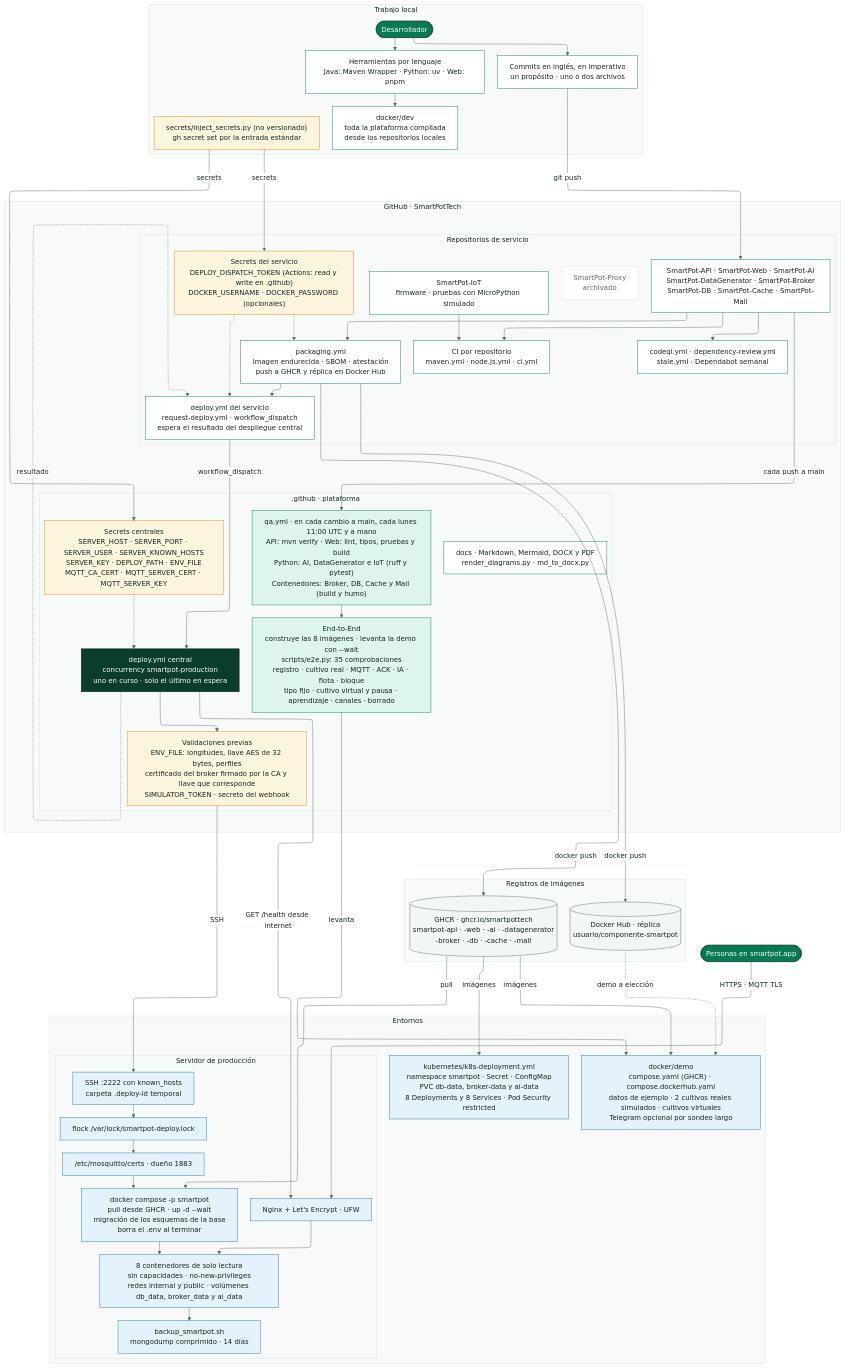
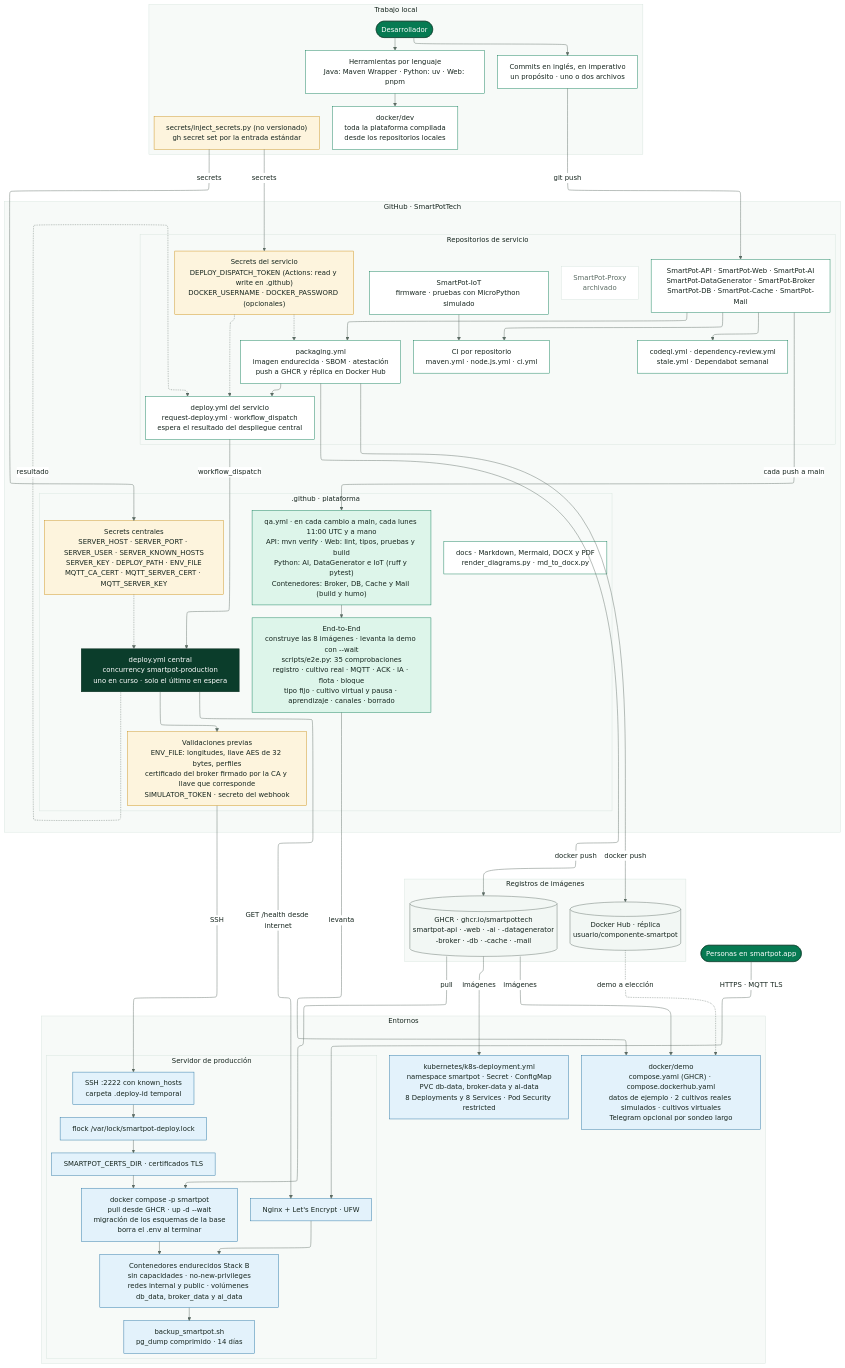
The diagram in docs/diagrams/SmartPot_Global_03_Delivery.mmd (SmartPotTech/.github), drawn with Mermaid before and after one commit. The commit also changed 21 other files, not shown here.

Commit message:
Update platform documentation and architecture diagrams for production Stack B [skip deploy] #no-deploy

```diff
--- a/docs/diagrams/SmartPot_Global_03_Delivery.mmd
+++ b/docs/diagrams/SmartPot_Global_03_Delivery.mmd
@@ -1,106 +1,106 @@
 %%{init: {"theme": "base", "fontFamily": "Segoe UI, Arial, sans-serif", "themeVariables": {"fontFamily": "Segoe UI, Arial, sans-serif", "fontSize": "16px", "primaryColor": "#DDF5EA", "primaryTextColor": "#17261F", "primaryBorderColor": "#067A52", "secondaryColor": "#E3F2FB", "secondaryTextColor": "#17261F", "secondaryBorderColor": "#1F6FA0", "tertiaryColor": "#F2F7F4", "tertiaryTextColor": "#17261F", "tertiaryBorderColor": "#D5E3DC", "lineColor": "#5B6B63", "textColor": "#17261F", "mainBkg": "#DDF5EA", "nodeBorder": "#067A52", "clusterBkg": "#F7FAF8", "clusterBorder": "#D5E3DC", "edgeLabelBackground": "#FFFFFF", "actorBkg": "#067A52", "actorBorder": "#0B3D2B", "actorTextColor": "#FFFFFF", "actorLineColor": "#5B6B63", "signalColor": "#17261F", "signalTextColor": "#17261F", "labelBoxBkgColor": "#0B3D2B", "labelBoxBorderColor": "#0B3D2B", "labelTextColor": "#FFFFFF", "loopTextColor": "#0B3D2B", "noteBkgColor": "#FDF4DD", "noteBorderColor": "#C98D12", "noteTextColor": "#17261F", "activationBkgColor": "#DDF5EA", "activationBorderColor": "#067A52", "attributeBackgroundColorOdd": "#FFFFFF", "attributeBackgroundColorEven": "#F2F7F4"}, "layout": "elk", "elk": {"nodePlacementStrategy": "BRANDES_KOEPF", "mergeEdges": false, "cycleBreakingStrategy": "GREEDY"}, "flowchart": {"useMaxWidth": false, "htmlLabels": true, "curve": "basis", "padding": 14, "nodeSpacing": 45, "rankSpacing": 80, "wrappingWidth": 360}}}%%
 flowchart TB
   subgraph local["Trabajo local"]
     direction TB
     dev(["Desarrollador"])
     tooling["Herramientas por lenguaje<br/>Java: Maven Wrapper · Python: uv · Web: pnpm"]
     devenv["docker/dev<br/>toda la plataforma compilada<br/>desde los repositorios locales"]
     commitrule["Commits en inglés, en imperativo<br/>un propósito · uno o dos archivos"]
     inject["secrets/inject_secrets.py (no versionado)<br/>gh secret set por la entrada estándar"]
     dev --> tooling --> devenv
     dev --> commitrule
   end
 
   subgraph org["GitHub · SmartPotTech"]
     direction TB
     subgraph services["Repositorios de servicio"]
       direction TB
       repos["SmartPot-API · SmartPot-Web · SmartPot-AI<br/>SmartPot-DataGenerator · SmartPot-Broker<br/>SmartPot-DB · SmartPot-Cache · SmartPot-Mail"]
       iot["SmartPot-IoT<br/>firmware · pruebas con MicroPython simulado"]
       proxy["SmartPot-Proxy<br/>archivado"]
       ci["CI por repositorio<br/>maven.yml · node.js.yml · ci.yml"]
       codeql["codeql.yml · dependency-review.yml<br/>stale.yml · Dependabot semanal"]
       packaging["packaging.yml<br/>imagen endurecida · SBOM · atestación<br/>push a GHCR y réplica en Docker Hub"]
       request["deploy.yml del servicio<br/>request-deploy.yml · workflow_dispatch<br/>espera el resultado del despliegue central"]
       svcsecrets["Secrets del servicio<br/>DEPLOY_DISPATCH_TOKEN (Actions: read y write en .github)<br/>DOCKER_USERNAME · DOCKER_PASSWORD (opcionales)"]
       repos --> ci
       repos --> codeql
       repos --> packaging --> request
       svcsecrets -.-> packaging & request
       iot --> ci
     end
 
     subgraph central[".github · plataforma"]
       direction TB
       qa["qa.yml · en cada cambio a main, cada lunes 11:00 UTC y a mano<br/>API: mvn verify · Web: lint, tipos, pruebas y build<br/>Python: AI, DataGenerator e IoT (ruff y pytest)<br/>Contenedores: Broker, DB, Cache y Mail (build y humo)"]
       e2e["End-to-End<br/>construye las 8 imágenes · levanta la demo con --wait<br/>scripts/e2e.py: 35 comprobaciones<br/>registro · cultivo real · MQTT · ACK · IA · flota · bloque<br/>tipo fijo · cultivo virtual y pausa · aprendizaje · canales · borrado"]
       deploy["deploy.yml central<br/>concurrency smartpot-production<br/>uno en curso · solo el último en espera"]
       validate["Validaciones previas<br/>ENV_FILE: longitudes, llave AES de 32 bytes, perfiles<br/>certificado del broker firmado por la CA y llave que corresponde<br/>SIMULATOR_TOKEN · secreto del webhook"]
       censecrets["Secrets centrales<br/>SERVER_HOST · SERVER_PORT · SERVER_USER · SERVER_KNOWN_HOSTS<br/>SERVER_KEY · DEPLOY_PATH · ENV_FILE<br/>MQTT_CA_CERT · MQTT_SERVER_CERT · MQTT_SERVER_KEY"]
       docs["docs · Markdown, Mermaid, DOCX y PDF<br/>render_diagrams.py · md_to_docx.py"]
       qa --> e2e
       censecrets -.-> deploy
       deploy --> validate
     end
   end
 
   subgraph registries["Registros de imágenes"]
     direction TB
     ghcr[("GHCR · ghcr.io/smartpottech<br/>smartpot-api · -web · -ai · -datagenerator<br/>-broker · -db · -cache · -mail")]
     hub[("Docker Hub · réplica<br/>usuario/componente-smartpot")]
   end
 
   subgraph environments["Entornos"]
     direction TB
     demo["docker/demo<br/>compose.yaml (GHCR) · compose.dockerhub.yaml<br/>datos de ejemplo · 2 cultivos reales simulados · cultivos virtuales<br/>Telegram opcional por sondeo largo"]
     k8s["kubernetes/k8s-deployment.yml<br/>namespace smartpot · Secret · ConfigMap<br/>PVC db-data, broker-data y ai-data<br/>8 Deployments y 8 Services · Pod Security restricted"]
     subgraph server["Servidor de producción"]
       direction TB
       ssh["SSH :2222 con known_hosts<br/>carpeta .deploy-id temporal"]
       lock["flock /var/lock/smartpot-deploy.lock"]
-      certs["/etc/mosquitto/certs · dueño 1883"]
+      certs["SMARTPOT_CERTS_DIR · certificados TLS"]
       compose["docker compose -p smartpot<br/>pull desde GHCR · up -d --wait<br/>migración de los esquemas de la base<br/>borra el .env al terminar"]
-      runtime["8 contenedores de solo lectura<br/>sin capacidades · no-new-privileges<br/>redes internal y public · volúmenes db_data, broker_data y ai_data"]
+      runtime["Contenedores endurecidos Stack B<br/>sin capacidades · no-new-privileges<br/>redes internal y public · volúmenes db_data, broker_data y ai_data"]
       nginx["Nginx + Let's Encrypt · UFW"]
-      backup["backup_smartpot.sh<br/>mongodump comprimido · 14 días"]
+      backup["backup_smartpot.sh<br/>pg_dump comprimido · 14 días"]
       ssh --> lock --> certs --> compose --> runtime
       nginx --> runtime
       runtime --> backup
     end
   end
 
   users(["Personas en smartpot.app"])
 
   commitrule -->|"git push"| repos
   inject -->|"secrets"| svcsecrets & censecrets
   repos -->|"cada push a main"| qa
   packaging -->|"docker push"| ghcr & hub
   request -->|"workflow_dispatch"| deploy
   deploy -.->|"resultado"| request
   validate -->|"SSH"| ssh
   ghcr -->|"pull"| compose
   ghcr -->|"imágenes"| demo & k8s
   hub -.->|"demo a elección"| demo
   e2e -->|"levanta"| demo
   deploy -->|"GET /health desde internet"| nginx
   users -->|"HTTPS · MQTT TLS"| nginx
 
   classDef person fill:#067A52,stroke:#0B3D2B,color:#FFFFFF
   classDef device fill:#FBE9E1,stroke:#B85A38,color:#17261F
   classDef edge fill:#E3F2FB,stroke:#1F6FA0,color:#17261F
   classDef web fill:#DDF5EA,stroke:#067A52,color:#17261F
   classDef core fill:#0B3D2B,stroke:#06281C,color:#FFFFFF
   classDef module fill:#FFFFFF,stroke:#067A52,color:#17261F
   classDef ai fill:#EEF7FC,stroke:#1F6FA0,color:#17261F
   classDef store fill:#F2F7F4,stroke:#5B6B63,color:#17261F
   classDef ext fill:#FDF4DD,stroke:#C98D12,color:#17261F
   classDef warn fill:#FBE3E3,stroke:#D64545,color:#17261F
   classDef note fill:#FFFFFF,stroke:#D5E3DC,color:#5B6B63
   class dev,users person
   class tooling,devenv,commitrule,repos,iot,ci,codeql,packaging,request,docs module
   class proxy note
   class inject,svcsecrets,censecrets,validate ext
   class qa,e2e web
   class deploy core
   class ghcr,hub store
   class demo,k8s,ssh,lock,certs,compose,runtime,nginx,backup edge
```
